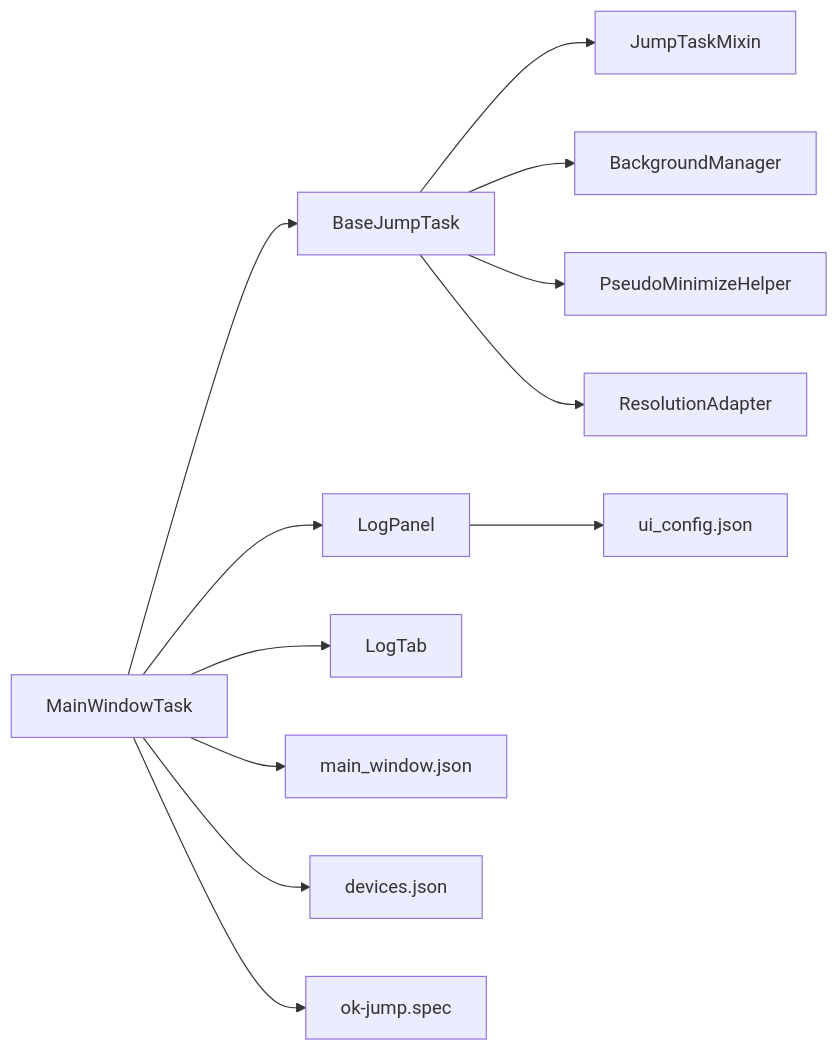
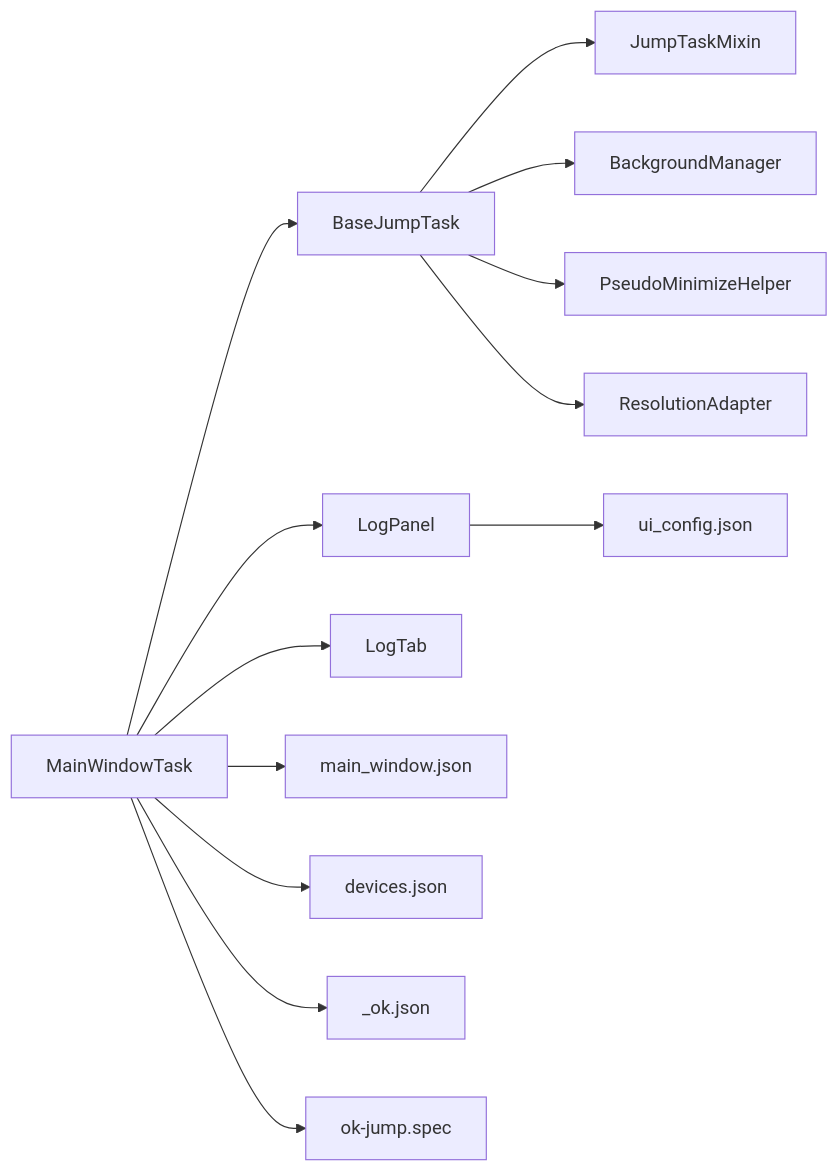
Before and after one commit to xsy098-max/ok-jump: the sixth of 6 diagrams in .qoder/repowiki/zh/content/图形界面系统/主窗口任务.md, drawn with Mermaid. The commit also changed other lines of this file and 19 other files, not shown here.

````diff
--- a/.qoder/repowiki/zh/content/图形界面系统/主窗口任务.md
+++ b/.qoder/repowiki/zh/content/图形界面系统/主窗口任务.md
@@ -416,14 +425,15 @@
 ```mermaid
 graph LR
 MWT["MainWindowTask"] --> BJT["BaseJumpTask"]
 BJT --> MIX["JumpTaskMixin"]
 BJT --> BM["BackgroundManager"]
 BJT --> PMH["PseudoMinimizeHelper"]
 BJT --> RA["ResolutionAdapter"]
 MWT --> LP["LogPanel"]
 MWT --> LT["LogTab"]
 MWT --> CFG1["main_window.json"]
 LP --> CFG2["ui_config.json"]
 MWT --> CFG3["devices.json"]
+MWT --> CFG4["_ok.json"]
 MWT --> SPEC["ok-jump.spec"]
 ```
````
